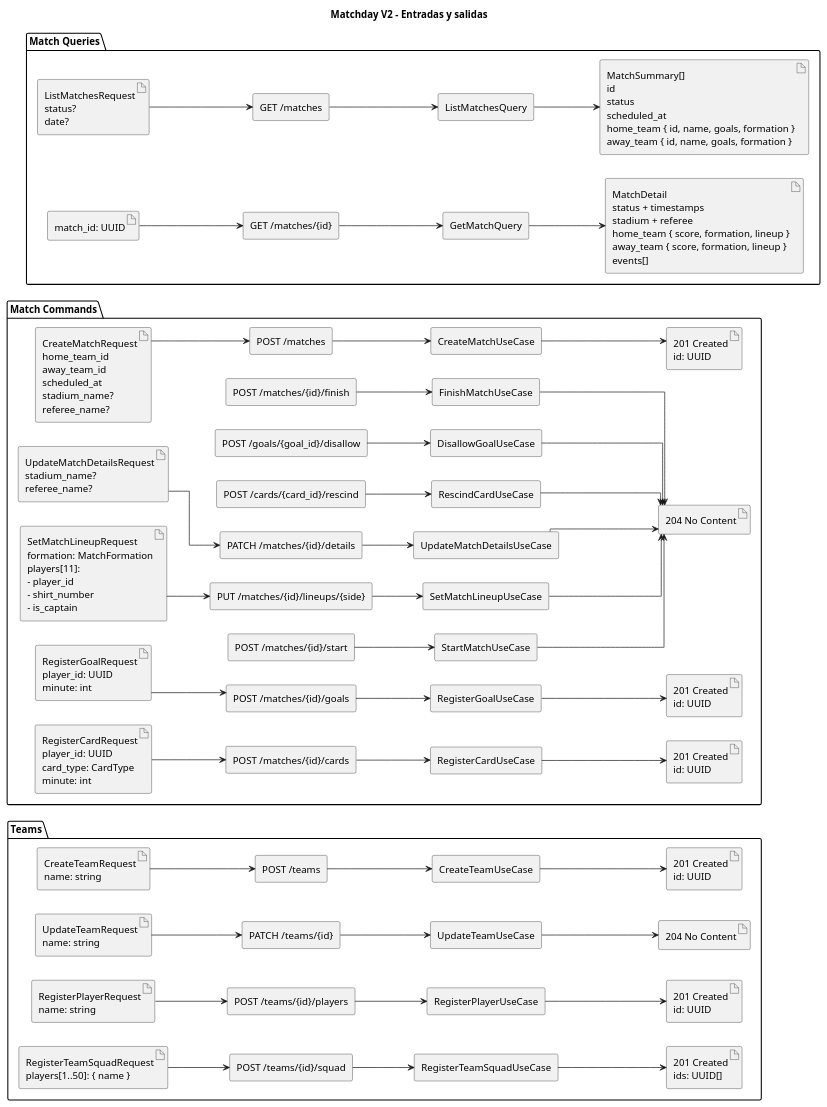
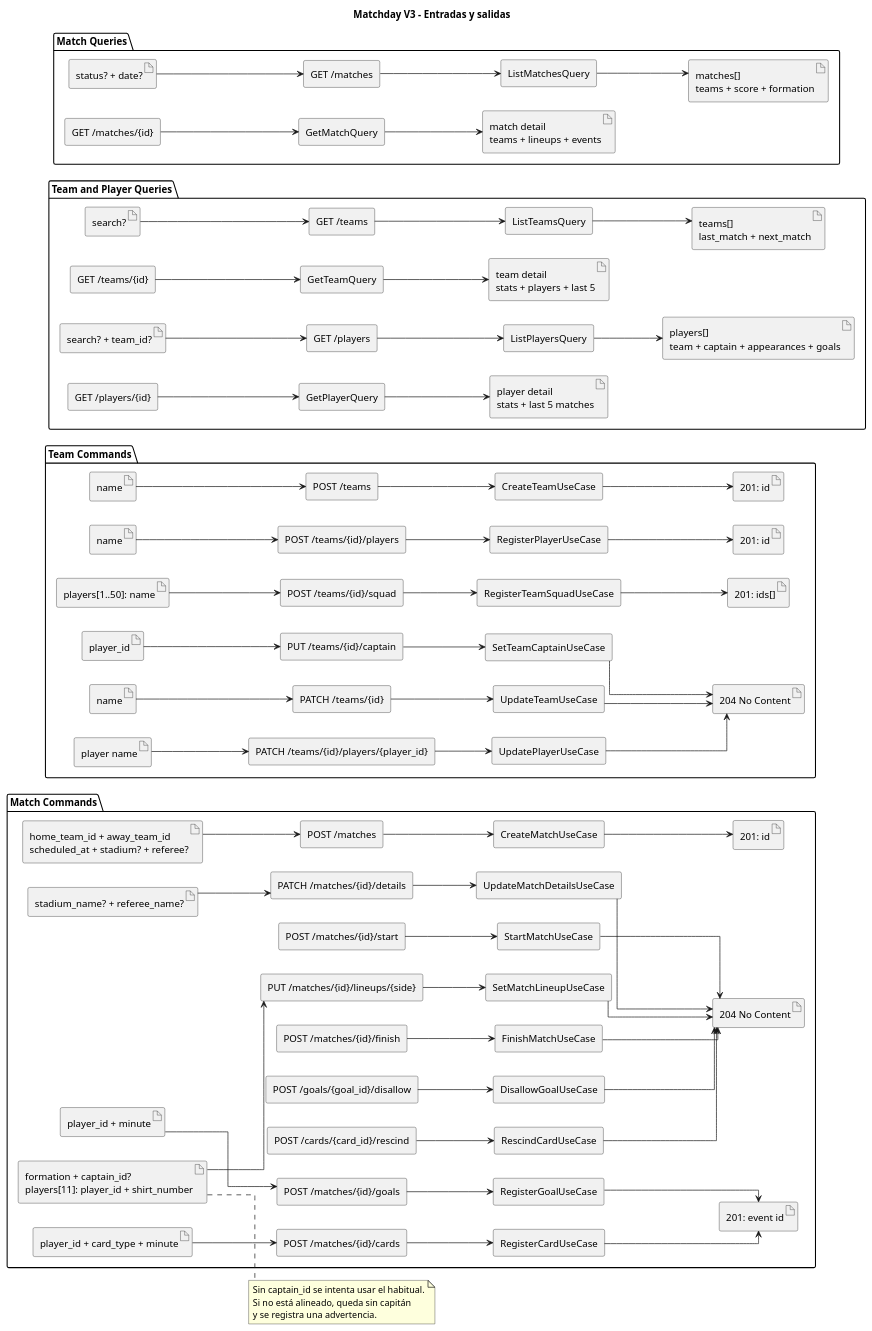
Before and after one commit to JaredDet/Match-Day: the diagram in docs/diagrams/inputs-outputs.puml, drawn with PlantUML. The commit also changed 8 other files, not shown here.

```diff
--- a/docs/diagrams/inputs-outputs.puml
+++ b/docs/diagrams/inputs-outputs.puml
@@ -1,121 +1,150 @@
 @startuml Matchday Inputs and Outputs
-title Matchday V2 - Entradas y salidas
-
+title Matchday V3 - Entradas y salidas
 left to right direction
 skinparam componentStyle rectangle
 skinparam linetype ortho
 
-package "Teams" {
+package "Team Commands" {
   component "POST /teams" as CreateTeamApi
   component "CreateTeamUseCase" as CreateTeam
-  artifact "CreateTeamRequest\nname: string" as CreateTeamInput
-  artifact "201 Created\nid: UUID" as CreateTeamOutput
-
+  artifact "name" as CreateTeamInput
+  artifact "201: id" as CreateTeamOutput
   component "PATCH /teams/{id}" as UpdateTeamApi
   component "UpdateTeamUseCase" as UpdateTeam
-  artifact "UpdateTeamRequest\nname: string" as UpdateTeamInput
-  artifact "204 No Content" as EmptyTeamOutput
-
+  artifact "name" as UpdateTeamInput
   component "POST /teams/{id}/players" as RegisterPlayerApi
   component "RegisterPlayerUseCase" as RegisterPlayer
-  artifact "RegisterPlayerRequest\nname: string" as RegisterPlayerInput
-  artifact "201 Created\nid: UUID" as RegisterPlayerOutput
-
+  artifact "name" as RegisterPlayerInput
+  artifact "201: id" as RegisterPlayerOutput
   component "POST /teams/{id}/squad" as RegisterSquadApi
   component "RegisterTeamSquadUseCase" as RegisterSquad
-  artifact "RegisterTeamSquadRequest\nplayers[1..50]: { name }" as RegisterSquadInput
-  artifact "201 Created\nids: UUID[]" as RegisterSquadOutput
+  artifact "players[1..50]: name" as RegisterSquadInput
+  artifact "201: ids[]" as RegisterSquadOutput
+  component "PATCH /teams/{id}/players/{player_id}" as UpdatePlayerApi
+  component "UpdatePlayerUseCase" as UpdatePlayer
+  artifact "player name" as UpdatePlayerInput
+  component "PUT /teams/{id}/captain" as SetCaptainApi
+  component "SetTeamCaptainUseCase" as SetCaptain
+  artifact "player_id" as SetCaptainInput
+  artifact "204 No Content" as EmptyTeamOutput
+}
+
+package "Team and Player Queries" {
+  component "GET /teams" as ListTeamsApi
+  component "ListTeamsQuery" as ListTeams
+  artifact "search?" as ListTeamsInput
+  artifact "teams[]\nlast_match + next_match" as ListTeamsOutput
+  component "GET /teams/{id}" as GetTeamApi
+  component "GetTeamQuery" as GetTeam
+  artifact "team detail\nstats + players + last 5" as GetTeamOutput
+  component "GET /players" as ListPlayersApi
+  component "ListPlayersQuery" as ListPlayers
+  artifact "search? + team_id?" as ListPlayersInput
+  artifact "players[]\nteam + captain + appearances + goals" as ListPlayersOutput
+  component "GET /players/{id}" as GetPlayerApi
+  component "GetPlayerQuery" as GetPlayer
+  artifact "player detail\nstats + last 5 matches" as GetPlayerOutput
 }
 
 package "Match Commands" {
   component "POST /matches" as CreateMatchApi
   component "CreateMatchUseCase" as CreateMatch
-  artifact "CreateMatchRequest\nhome_team_id\naway_team_id\nscheduled_at\nstadium_name?\nreferee_name?" as CreateMatchInput
-  artifact "201 Created\nid: UUID" as CreateMatchOutput
-
+  artifact "home_team_id + away_team_id\nscheduled_at + stadium? + referee?" as CreateMatchInput
+  artifact "201: id" as CreateMatchOutput
   component "PATCH /matches/{id}/details" as UpdateDetailsApi
   component "UpdateMatchDetailsUseCase" as UpdateDetails
-  artifact "UpdateMatchDetailsRequest\nstadium_name?\nreferee_name?" as UpdateDetailsInput
-
+  artifact "stadium_name? + referee_name?" as UpdateDetailsInput
   component "PUT /matches/{id}/lineups/{side}" as SetLineupApi
   component "SetMatchLineupUseCase" as SetLineup
-  artifact "SetMatchLineupRequest\nformation: MatchFormation\nplayers[11]:\n- player_id\n- shirt_number\n- is_captain" as SetLineupInput
-
+  artifact "formation + captain_id?\nplayers[11]: player_id + shirt_number" as SetLineupInput
   component "POST /matches/{id}/start" as StartApi
   component "StartMatchUseCase" as StartMatch
   component "POST /matches/{id}/finish" as FinishApi
   component "FinishMatchUseCase" as FinishMatch
-
   component "POST /matches/{id}/goals" as GoalApi
   component "RegisterGoalUseCase" as RegisterGoal
-  artifact "RegisterGoalRequest\nplayer_id: UUID\nminute: int" as GoalInput
-  artifact "201 Created\nid: UUID" as GoalOutput
-
+  artifact "player_id + minute" as GoalInput
+  artifact "201: event id" as EventOutput
   component "POST /matches/{id}/cards" as CardApi
   component "RegisterCardUseCase" as RegisterCard
-  artifact "RegisterCardRequest\nplayer_id: UUID\ncard_type: CardType\nminute: int" as CardInput
-  artifact "201 Created\nid: UUID" as CardOutput
-
+  artifact "player_id + card_type + minute" as CardInput
   component "POST /goals/{goal_id}/disallow" as DisallowApi
   component "DisallowGoalUseCase" as DisallowGoal
   component "POST /cards/{card_id}/rescind" as RescindApi
   component "RescindCardUseCase" as RescindCard
   artifact "204 No Content" as EmptyMatchOutput
 }
 
 package "Match Queries" {
-  component "GET /matches" as ListApi
+  component "GET /matches" as ListMatchesApi
   component "ListMatchesQuery" as ListMatches
-  artifact "ListMatchesRequest\nstatus?\ndate?" as ListInput
-  artifact "MatchSummary[]\nid\nstatus\nscheduled_at\nhome_team { id, name, goals, formation }\naway_team { id, name, goals, formation }" as ListOutput
-
-  component "GET /matches/{id}" as GetApi
+  artifact "status? + date?" as ListMatchesInput
+  artifact "matches[]\nteams + score + formation" as ListMatchesOutput
+  component "GET /matches/{id}" as GetMatchApi
   component "GetMatchQuery" as GetMatch
-  artifact "match_id: UUID" as GetInput
-  artifact "MatchDetail\nstatus + timestamps\nstadium + referee\nhome_team { score, formation, lineup }\naway_team { score, formation, lineup }\nevents[]" as GetOutput
+  artifact "match detail\nteams + lineups + events" as GetMatchOutput
 }
 
 CreateTeamInput --> CreateTeamApi
 CreateTeamApi --> CreateTeam
 CreateTeam --> CreateTeamOutput
 UpdateTeamInput --> UpdateTeamApi
 UpdateTeamApi --> UpdateTeam
 UpdateTeam --> EmptyTeamOutput
 RegisterPlayerInput --> RegisterPlayerApi
 RegisterPlayerApi --> RegisterPlayer
 RegisterPlayer --> RegisterPlayerOutput
 RegisterSquadInput --> RegisterSquadApi
 RegisterSquadApi --> RegisterSquad
 RegisterSquad --> RegisterSquadOutput
-
+UpdatePlayerInput --> UpdatePlayerApi
+UpdatePlayerApi --> UpdatePlayer
+UpdatePlayer --> EmptyTeamOutput
+SetCaptainInput --> SetCaptainApi
+SetCaptainApi --> SetCaptain
+SetCaptain --> EmptyTeamOutput
+ListTeamsInput --> ListTeamsApi
+ListTeamsApi --> ListTeams
+ListTeams --> ListTeamsOutput
+GetTeamApi --> GetTeam
+GetTeam --> GetTeamOutput
+ListPlayersInput --> ListPlayersApi
+ListPlayersApi --> ListPlayers
+ListPlayers --> ListPlayersOutput
+GetPlayerApi --> GetPlayer
+GetPlayer --> GetPlayerOutput
 CreateMatchInput --> CreateMatchApi
 CreateMatchApi --> CreateMatch
 CreateMatch --> CreateMatchOutput
 UpdateDetailsInput --> UpdateDetailsApi
 UpdateDetailsApi --> UpdateDetails
 UpdateDetails --> EmptyMatchOutput
 SetLineupInput --> SetLineupApi
 SetLineupApi --> SetLineup
 SetLineup --> EmptyMatchOutput
 StartApi --> StartMatch
 StartMatch --> EmptyMatchOutput
 FinishApi --> FinishMatch
 FinishMatch --> EmptyMatchOutput
 GoalInput --> GoalApi
 GoalApi --> RegisterGoal
-RegisterGoal --> GoalOutput
+RegisterGoal --> EventOutput
 CardInput --> CardApi
 CardApi --> RegisterCard
-RegisterCard --> CardOutput
+RegisterCard --> EventOutput
 DisallowApi --> DisallowGoal
 DisallowGoal --> EmptyMatchOutput
 RescindApi --> RescindCard
 RescindCard --> EmptyMatchOutput
+ListMatchesInput --> ListMatchesApi
+ListMatchesApi --> ListMatches
+ListMatches --> ListMatchesOutput
+GetMatchApi --> GetMatch
+GetMatch --> GetMatchOutput
 
-ListInput --> ListApi
-ListApi --> ListMatches
-ListMatches --> ListOutput
-GetInput --> GetApi
-GetApi --> GetMatch
-GetMatch --> GetOutput
+note right of SetLineupInput
+  Sin captain_id se intenta usar el habitual.
+  Si no está alineado, queda sin capitán
+  y se registra una advertencia.
+end note
 @enduml
```
